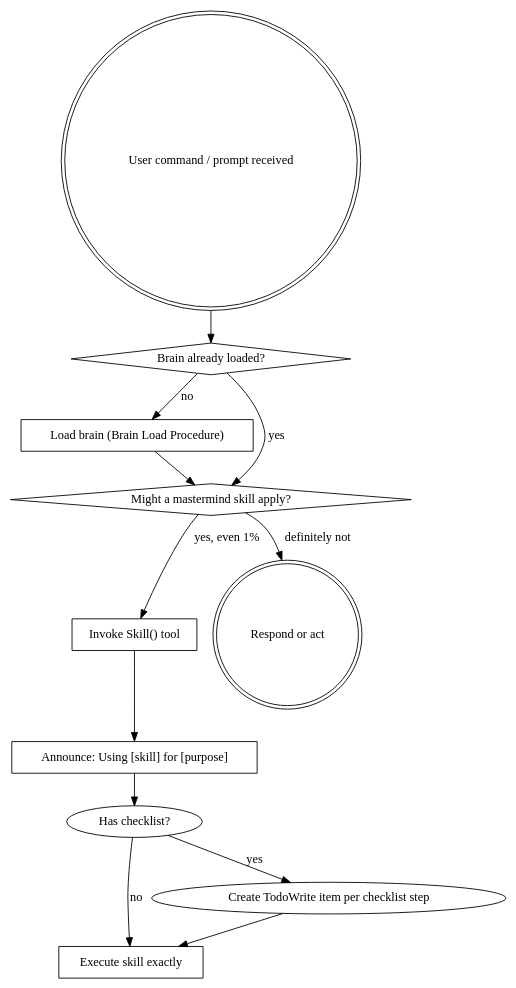
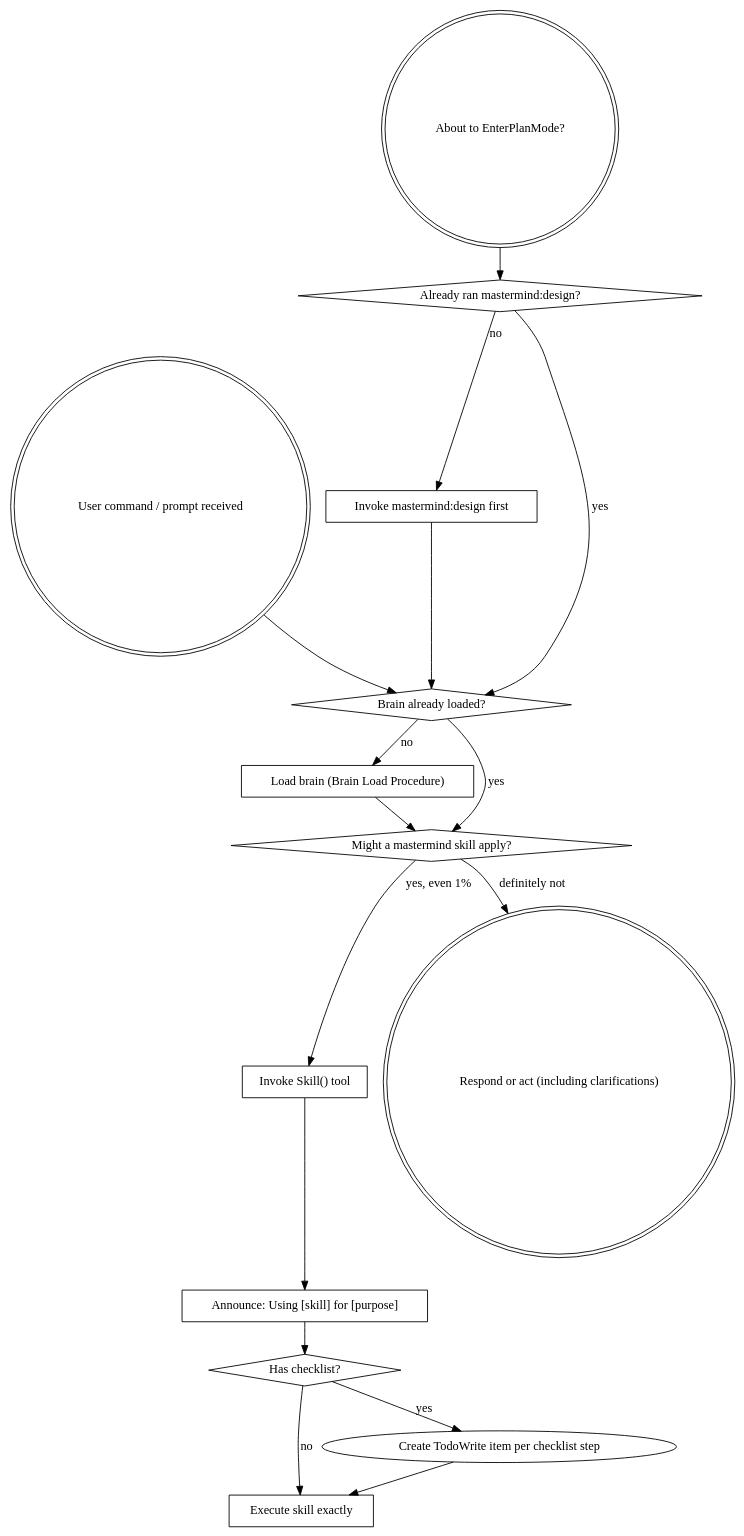
Before and after one commit to monoes/monomind: the diagram in .claude/commands/mastermind/master.md, drawn with Graphviz. The commit also changed other lines of this file and 147 other files, not shown here.

````diff
--- a/.claude/commands/mastermind/master.md
+++ b/.claude/commands/mastermind/master.md
@@ -44,24 +54,33 @@
 ```dot
 digraph mastermind_routing {
     "User command / prompt received" [shape=doublecircle];
+    "About to EnterPlanMode?" [shape=doublecircle];
+    "Already ran mastermind:design?" [shape=diamond];
+    "Invoke mastermind:design first" [shape=box];
     "Brain already loaded?" [shape=diamond];
     "Load brain (Brain Load Procedure)" [shape=box];
     "Might a mastermind skill apply?" [shape=diamond];
     "Invoke Skill() tool" [shape=box];
     "Announce: Using [skill] for [purpose]" [shape=box];
+    "Has checklist?" [shape=diamond];
     "Execute skill exactly" [shape=box];
-    "Respond or act" [shape=doublecircle];
+    "Respond or act (including clarifications)" [shape=doublecircle];
+
+    "About to EnterPlanMode?" -> "Already ran mastermind:design?";
+    "Already ran mastermind:design?" -> "Invoke mastermind:design first" [label="no"];
+    "Already ran mastermind:design?" -> "Brain already loaded?" [label="yes"];
+    "Invoke mastermind:design first" -> "Brain already loaded?";
 
     "User command / prompt received" -> "Brain already loaded?";
     "Brain already loaded?" -> "Load brain (Brain Load Procedure)" [label="no"];
     "Brain already loaded?" -> "Might a mastermind skill apply?" [label="yes"];
     "Load brain (Brain Load Procedure)" -> "Might a mastermind skill apply?";
     "Might a mastermind skill apply?" -> "Invoke Skill() tool" [label="yes, even 1%"];
-    "Might a mastermind skill apply?" -> "Respond or act" [label="definitely not"];
+    "Might a mastermind skill apply?" -> "Respond or act (including clarifications)" [label="definitely not"];
     "Invoke Skill() tool" -> "Announce: Using [skill] for [purpose]";
-    "Announce: Using [skill] for [purpose]" -> "Has checklist?" [shape=diamond];
+    "Announce: Using [skill] for [purpose]" -> "Has checklist?";
     "Has checklist?" -> "Create TodoWrite item per checklist step" [label="yes"];
     "Has checklist?" -> "Execute skill exactly" [label="no"];
     "Create TodoWrite item per checklist step" -> "Execute skill exactly";
 }
 ```
````
